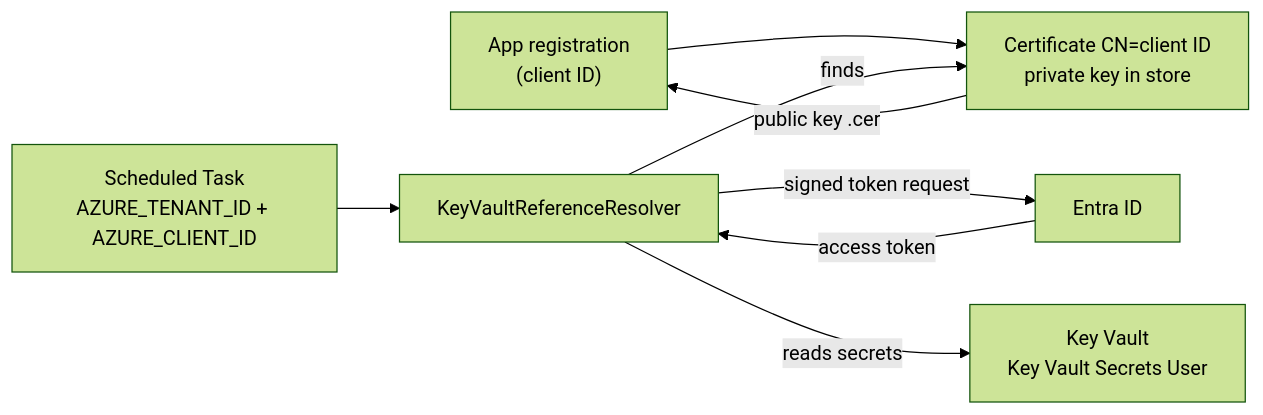
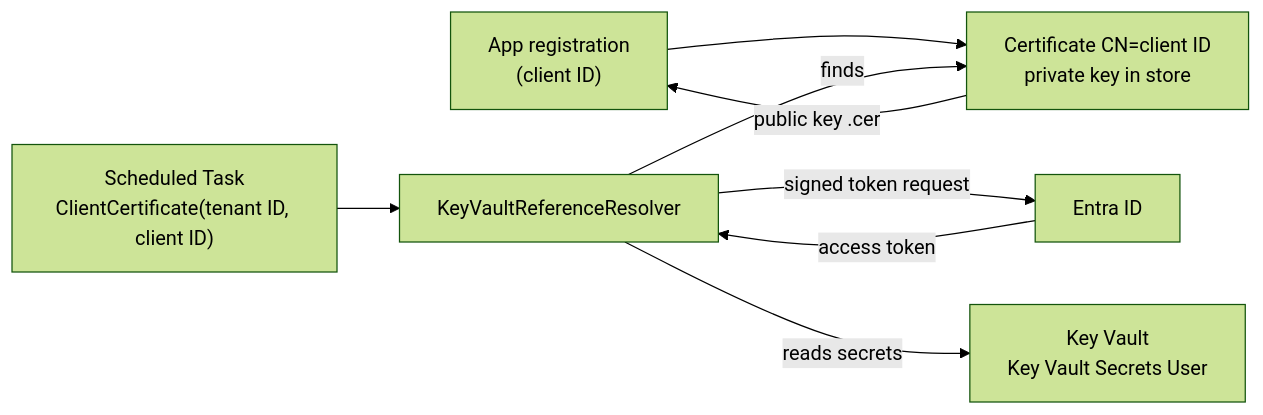
One commit to gijswalraven/KeyVaultReferenceResolver changed the diagram in docs/Deployment/Client-Certificate-Authentication-HOWTO.md. Above: the diagram before and after it, drawn with Mermaid (forest theme). The commit also changed other lines of this file and 33 other files, not shown here.

First line of the commit message:
feat!: remove the AZURE_TENANT_ID/AZURE_CLIENT_ID store-certificate convention

````diff
--- a/docs/Deployment/Client-Certificate-Authentication-HOWTO.md
+++ b/docs/Deployment/Client-Certificate-Authentication-HOWTO.md
@@ -19,10 +19,10 @@
 ```mermaid
 graph LR
     A["App registration<br/>(client ID)"] --> B["Certificate CN=client ID<br/>private key in store"]
     B -->|"public key .cer"| A
-    C["Scheduled Task<br/>AZURE_TENANT_ID + AZURE_CLIENT_ID"] --> D["KeyVaultReferenceResolver"]
+    C["Scheduled Task<br/>ClientCertificate(tenant ID, client ID)"] --> D["KeyVaultReferenceResolver"]
     D -->|"finds"| B
     D -->|"signed token request"| E["Entra ID"]
     E -->|"access token"| D
     D -->|"reads secrets"| F["Key Vault<br/>Key Vault Secrets User"]
 ```
````
